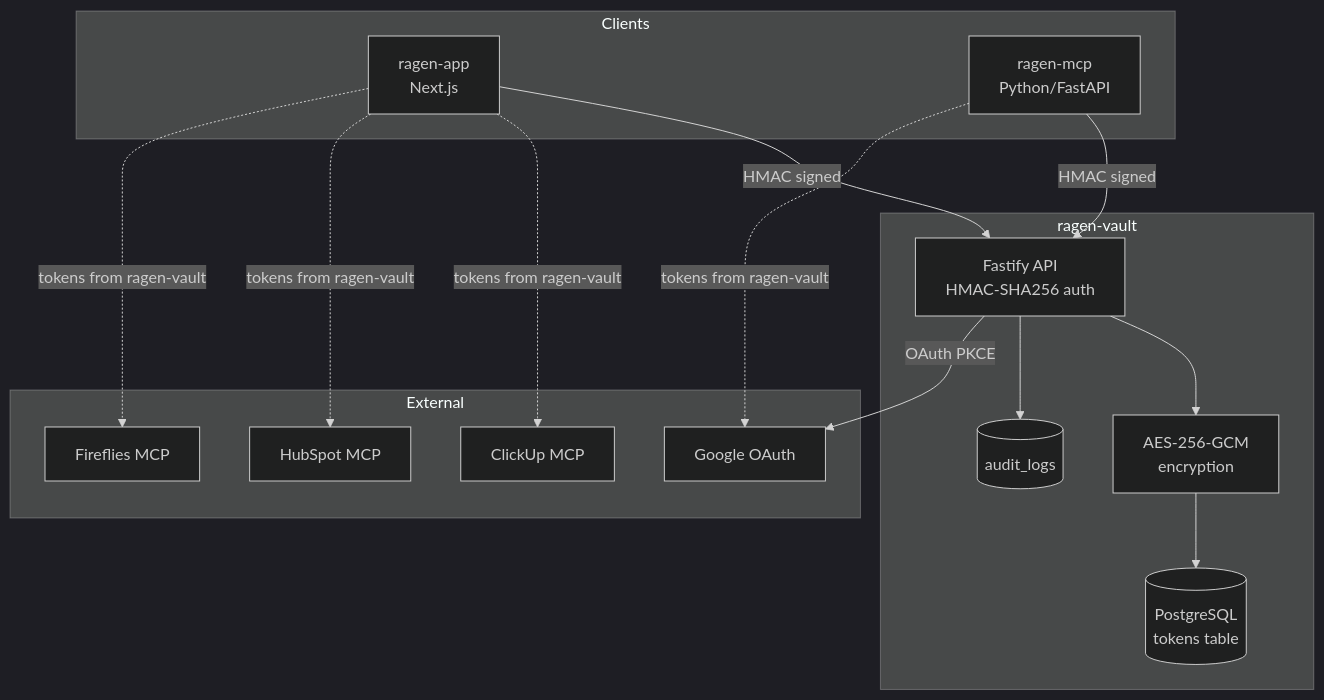
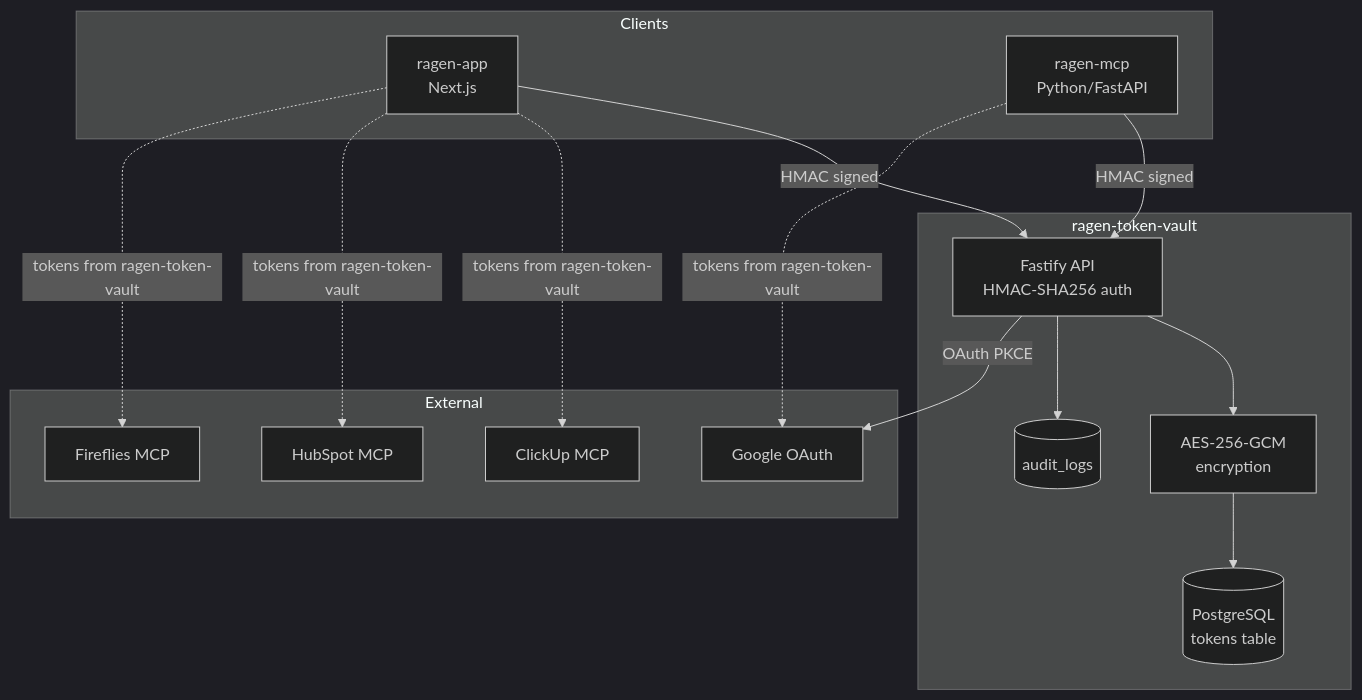
One commit to webamigos/ragen-token-vault changed the first of 2 diagrams in README.md. Above: the diagram before and after it, drawn with Mermaid (dark theme). The commit also changed other lines of this file and 10 other files, not shown here.

Commit message:
chore: rename ragen vault

````diff
--- a/README.md
+++ b/README.md
@@ -64,33 +64,33 @@
 ```mermaid
 flowchart TB
     subgraph Clients
         APP[ragen-app<br/>Next.js]
         MCP[ragen-mcp<br/>Python/FastAPI]
     end
 
-    subgraph ragen-vault
+    subgraph ragen-token-vault
         API[Fastify API<br/>HMAC-SHA256 auth]
         ENC[AES-256-GCM<br/>encryption]
         DB[(PostgreSQL<br/>tokens table)]
         AUDIT[(audit_logs)]
     end
 
     subgraph External
         GOOGLE[Google OAuth]
         CLICKUP[ClickUp MCP]
         HUBSPOT[HubSpot MCP]
         FIREFLIES[Fireflies MCP]
     end
 
     APP -->|HMAC signed| API
     MCP -->|HMAC signed| API
     API --> ENC
     ENC --> DB
     API --> AUDIT
     API -->|OAuth PKCE| GOOGLE
 
-    APP -.->|tokens from ragen-vault| CLICKUP
-    APP -.->|tokens from ragen-vault| HUBSPOT
-    APP -.->|tokens from ragen-vault| FIREFLIES
-    MCP -.->|tokens from ragen-vault| GOOGLE
+    APP -.->|tokens from ragen-token-vault| CLICKUP
+    APP -.->|tokens from ragen-token-vault| HUBSPOT
+    APP -.->|tokens from ragen-token-vault| FIREFLIES
+    MCP -.->|tokens from ragen-token-vault| GOOGLE
 ```
````
